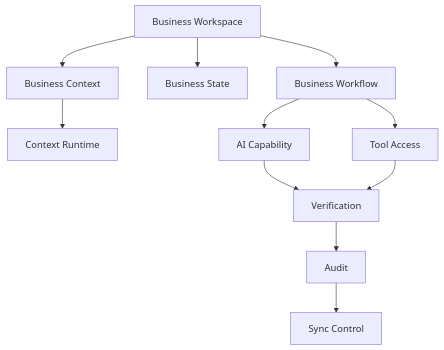
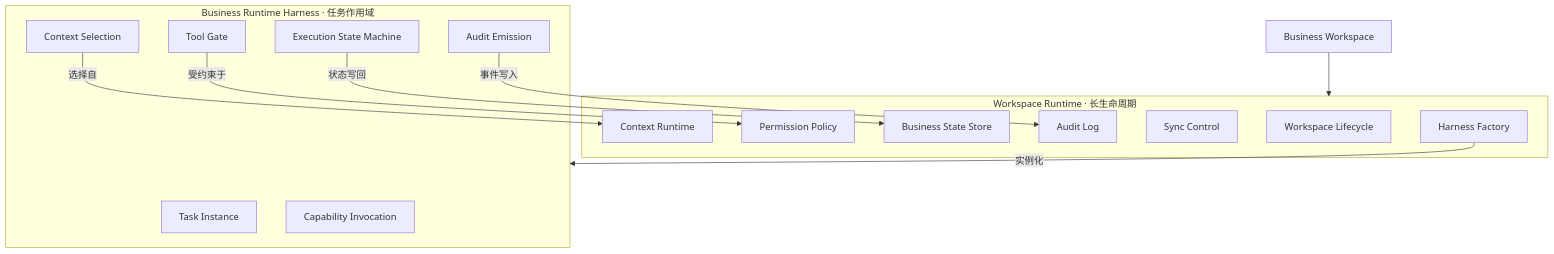
The fifth of 13 diagrams in temp/ruyin-workspace-runtime-architecture.md (vxture/vxture-ruyin), drawn with Mermaid before and after one commit. The commit also changed other lines of this file and 4 other files, not shown here.

First line of the commit message:
docs: unify runtime model, define harness scoping, add contract schema and context architecture

````diff
--- a/temp/ruyin-workspace-runtime-architecture.md
+++ b/temp/ruyin-workspace-runtime-architecture.md
@@ -456,28 +514,30 @@
 ``` mermaid
 flowchart TB
     WS["Business Workspace"]
 
-    BC["Business Context"]
-    BS["Business State"]
-    WF["Business Workflow"]
-    CC["Context Runtime"]
-    AC["AI Capability"]
-    TA["Tool Access"]
-    VP["Verification"]
-    AU["Audit"]
-    SY["Sync Control"]
+    subgraph WR["Workspace Runtime · 长生命周期"]
+        LC["Workspace Lifecycle"]
+        BS["Business State Store"]
+        CC["Context Runtime"]
+        PP["Permission Policy"]
+        SY["Sync Control"]
+        AU["Audit Log"]
+        HF["Harness Factory"]
+    end
 
-    WS --> BC
-    WS --> BS
-    WS --> WF
+    subgraph H["Business Runtime Harness · 任务作用域"]
+        TI["Task Instance"]
+        CS["Context Selection"]
+        TG["Tool Gate"]
+        CI["Capability Invocation"]
+        ES["Execution State Machine"]
+        AE["Audit Emission"]
+    end
 
-    BC --> CC
-    WF --> AC
-    WF --> TA
-
-    AC --> VP
-    TA --> VP
-
-    VP --> AU
-    AU --> SY
+    WS --> WR
+    HF -->|"实例化"| H
+    CS -->|"选择自"| CC
+    TG -->|"受约束于"| PP
+    ES -->|"状态写回"| BS
+    AE -->|"事件写入"| AU
 ```
````
